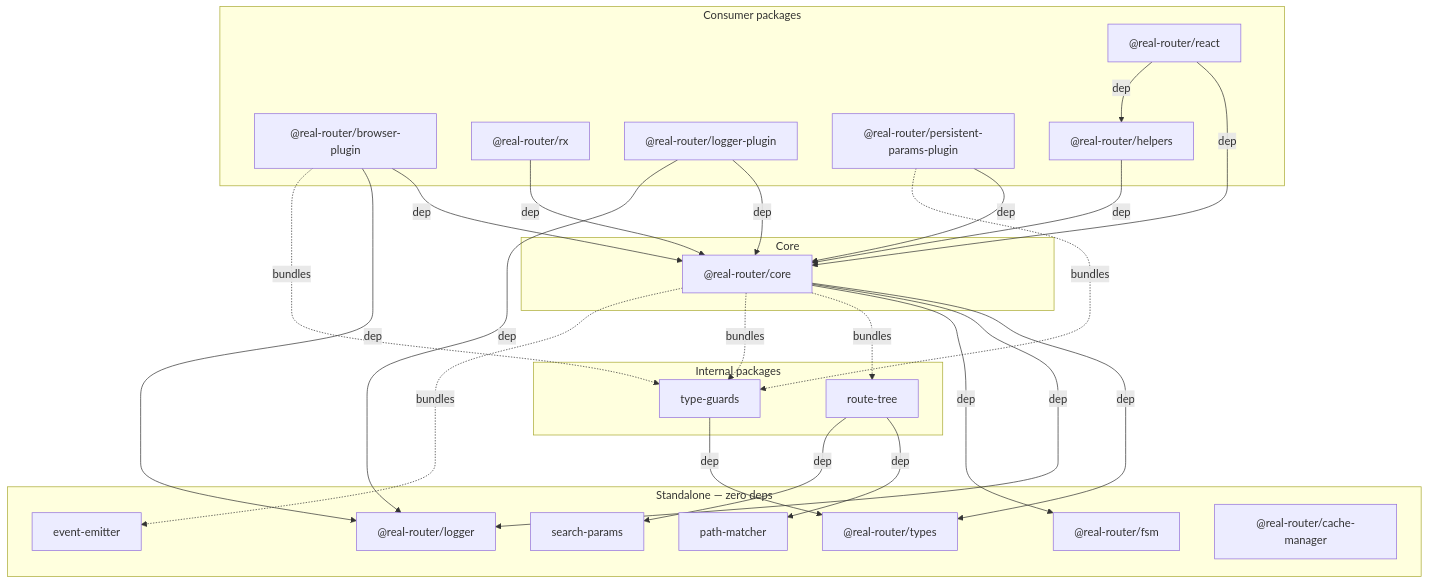
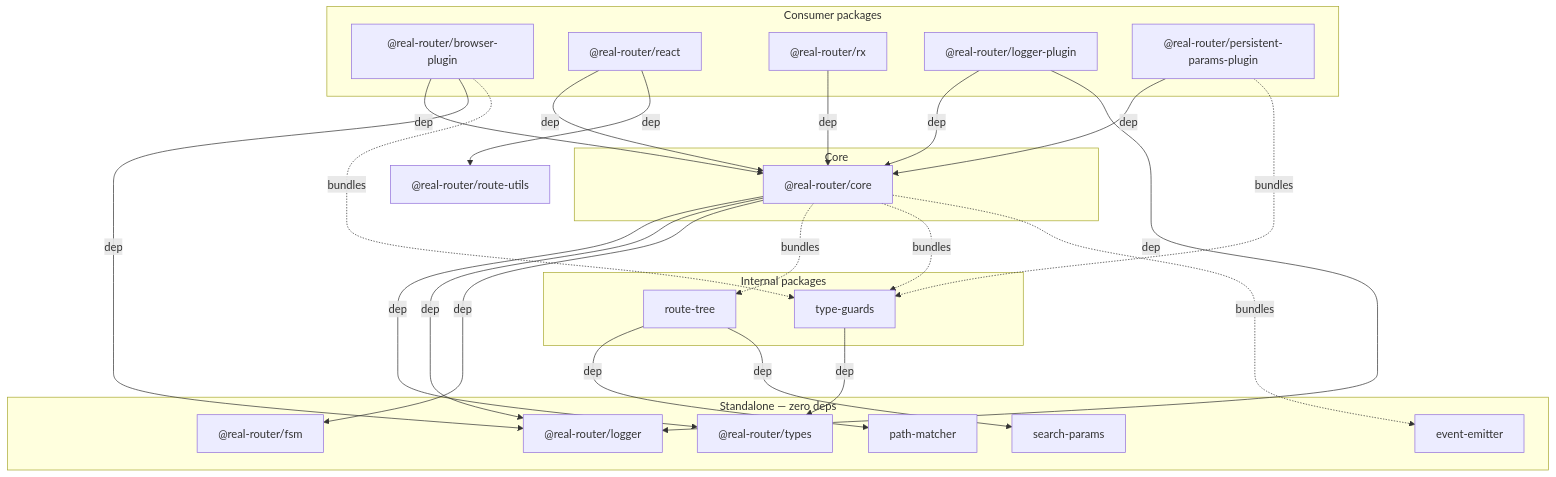
The first of 2 diagrams in ARCHITECTURE.md (greydragon888/real-router), drawn with Mermaid before and after one commit. The commit also changed other lines of this file and 37 other files, not shown here.

Commit message:
chore: remove @real-router/helpers and @real-router/cache-manager packages

````diff
--- a/ARCHITECTURE.md
+++ b/ARCHITECTURE.md
@@ -30,55 +29,52 @@
 ```mermaid
 graph TD
     subgraph standalone [Standalone — zero deps]
         PM[path-matcher]
         SP[search-params]
         EE[event-emitter]
         FSM["@real-router/fsm"]
         LOG["@real-router/logger"]
         TYPES["@real-router/types"]
-        CM["@real-router/cache-manager"]
     end
 
     subgraph internal [Internal packages]
         TG[type-guards] -->|dep| TYPES
         RT[route-tree] -->|dep| PM
         RT -->|dep| SP
     end
 
     subgraph core [Core]
         CORE["@real-router/core"]
     end
 
     CORE -->|dep| TYPES
     CORE -->|dep| LOG
     CORE -->|dep| FSM
     CORE -.->|bundles| RT
     CORE -.->|bundles| TG
     CORE -.->|bundles| EE
 
     subgraph consumers [Consumer packages]
         BP["@real-router/browser-plugin"]
         REACT["@real-router/react"]
         RX["@real-router/rx"]
         LP["@real-router/logger-plugin"]
         PPP["@real-router/persistent-params-plugin"]
-        HELPERS["@real-router/helpers"]
     end
 
     BP -->|dep| CORE
     BP -->|dep| LOG
     BP -.->|bundles| TG
 
     LP -->|dep| CORE
     LP -->|dep| LOG
 
     REACT -->|dep| CORE
-    REACT -->|dep| HELPERS
+    REACT -->|dep| ROUTEUTILS["@real-router/route-utils"]
 
     RX -->|dep| CORE
 
     PPP -->|dep| CORE
     PPP -.->|bundles| TG
 
-    HELPERS -->|dep| CORE
 ```
````
